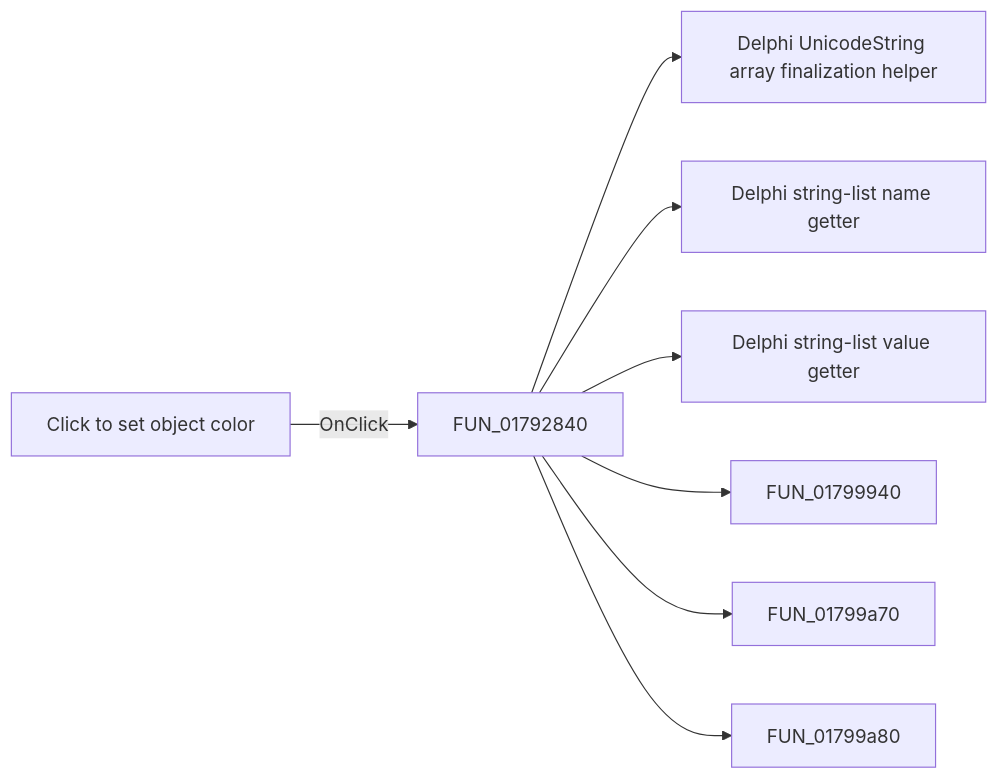
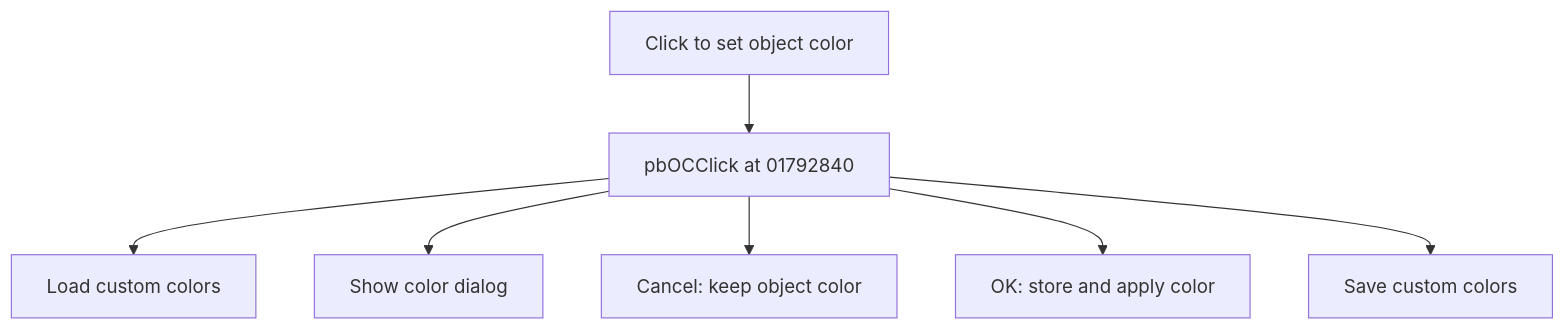
One commit to MovGP0/TIARA changed the diagram in docs/ui-controls/shapeedit/pboc-9ffa9d6c17.md. Above: the diagram before and after it, drawn with Mermaid. The commit also changed other lines of this file and 1062 other files, not shown here.

````diff
--- a/docs/ui-controls/shapeedit/pboc-9ffa9d6c17.md
+++ b/docs/ui-controls/shapeedit/pboc-9ffa9d6c17.md
@@ -27,10 +25,9 @@
 ```mermaid
-flowchart LR
-    control["Click to set object color"] -->|OnClick| handler["FUN_01792840"]
-    handler --> call1["Delphi UnicodeString array finalization helper"]
-    handler --> call2["Delphi string-list name getter"]
-    handler --> call3["Delphi string-list value getter"]
-    handler --> call4["FUN_01799940"]
-    handler --> call5["FUN_01799a70"]
-    handler --> call6["FUN_01799a80"]
+flowchart TD
+    control["Click to set object color"] --> handler["pbOCClick at 01792840"]
+    handler --> step1["Load custom colors"]
+    handler --> step2["Show color dialog"]
+    handler --> step3["Cancel: keep object color"]
+    handler --> step4["OK: store and apply color"]
+    handler --> step5["Save custom colors"]
 ```
````
